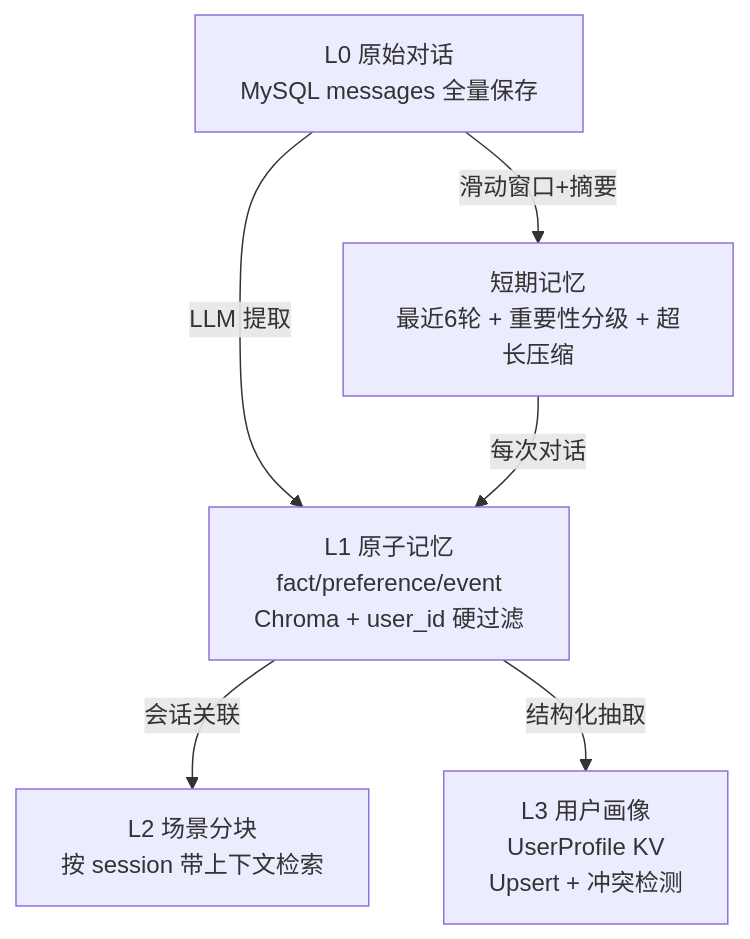
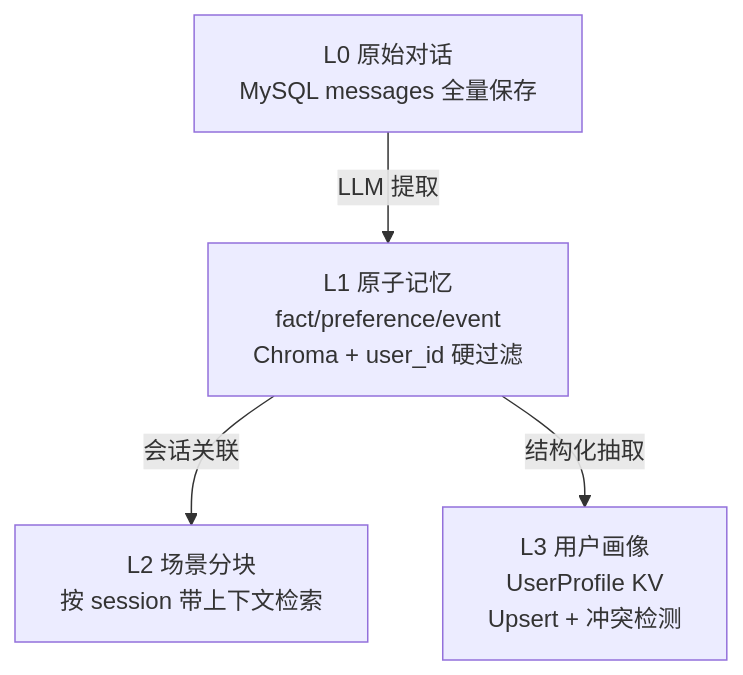
One commit to BingSeChuan/haici-ai-customer-service changed the second of 2 diagrams in docs/AI架构设计.md. Above: the diagram before and after it, drawn with Mermaid. The commit also changed other lines of this file and 11 other files, not shown here.

````diff
--- a/docs/AI架构设计.md
+++ b/docs/AI架构设计.md
@@ -190,8 +176,6 @@
 ```mermaid
 flowchart TD
     L0[L0 原始对话<br/>MySQL messages 全量保存] -->|LLM 提取| L1[L1 原子记忆<br/>fact/preference/event<br/>Chroma + user_id 硬过滤]
     L1 -->|会话关联| L2[L2 场景分块<br/>按 session 带上下文检索]
     L1 -->|结构化抽取| L3[L3 用户画像<br/>UserProfile KV<br/>Upsert + 冲突检测]
-    L0 -->|滑动窗口+摘要| WM[短期记忆<br/>最近6轮 + 重要性分级 + 超长压缩]
-    WM -->|每次对话| L1
 ```
````
